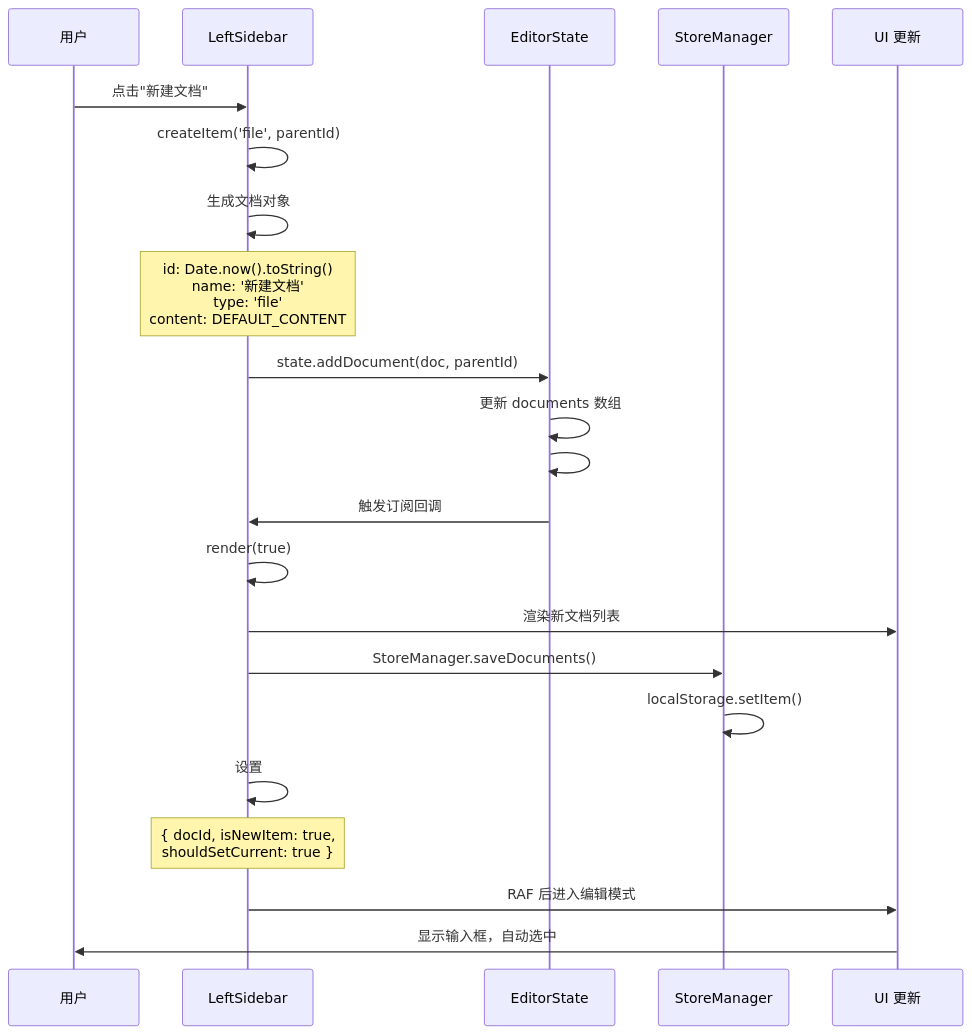
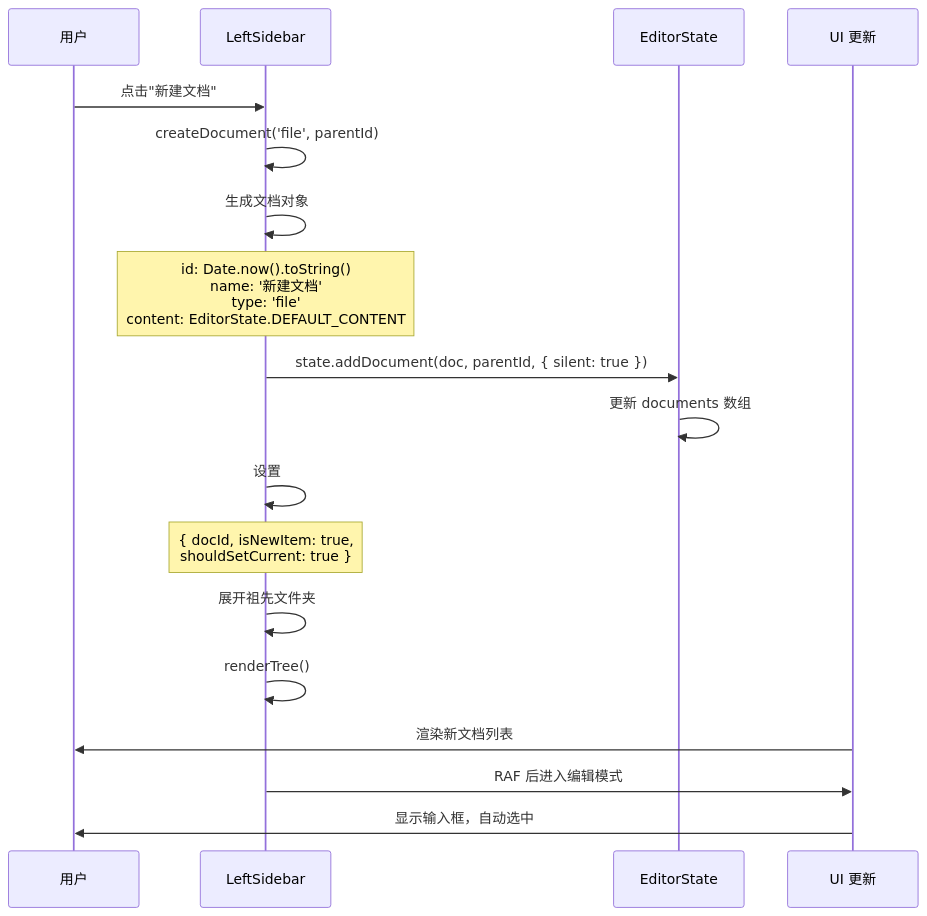
The second of 7 diagrams in docs/document.md (ZCShou/markdown), drawn with Mermaid before and after one commit. The commit also changed other lines of this file, not shown here.

Commit message:
docs: update sidebar architecture and state management documentation

````diff
--- a/docs/document.md
+++ b/docs/document.md
@@ -346,32 +385,27 @@
 ```mermaid
 sequenceDiagram
     participant User as 用户
     participant DocList as LeftSidebar
     participant State as EditorState
-    participant Store as StoreManager
     participant UI as UI 更新
 
     User->>DocList: 点击"新建文档"
-    DocList->>DocList: createItem('file', parentId)
+    DocList->>DocList: createDocument('file', parentId)
     
     DocList->>DocList: 生成文档对象
-    Note over DocList: id: Date.now().toString()<br/>name: '新建文档'<br/>type: 'file'<br/>content: DEFAULT_CONTENT
+    Note over DocList: id: Date.now().toString()<br/>name: '新建文档'<br/>type: 'file'<br/>content: EditorState.DEFAULT_CONTENT
     
-    DocList->>State: state.addDocument(doc, parentId)
+    DocList->>State: state.addDocument(doc, parentId, { silent: true })
     State->>State: 更新 documents 数组
-    State->>State: #notify()
-    
-    State->>DocList: 触发订阅回调
-    DocList->>DocList: render(true)
-    
-    DocList->>UI: 渲染新文档列表
-    
-    DocList->>Store: StoreManager.saveDocuments()
-    Store->>Store: localStorage.setItem()
     
     DocList->>DocList: 设置 #pendingEdit
     Note over DocList: { docId, isNewItem: true,<br/>shouldSetCurrent: true }
     
+    DocList->>DocList: 展开祖先文件夹
+    
+    DocList->>DocList: renderTree()
+    UI->>User: 渲染新文档列表
+    
     DocList->>UI: RAF 后进入编辑模式
     UI->>User: 显示输入框，自动选中
 ```
````
